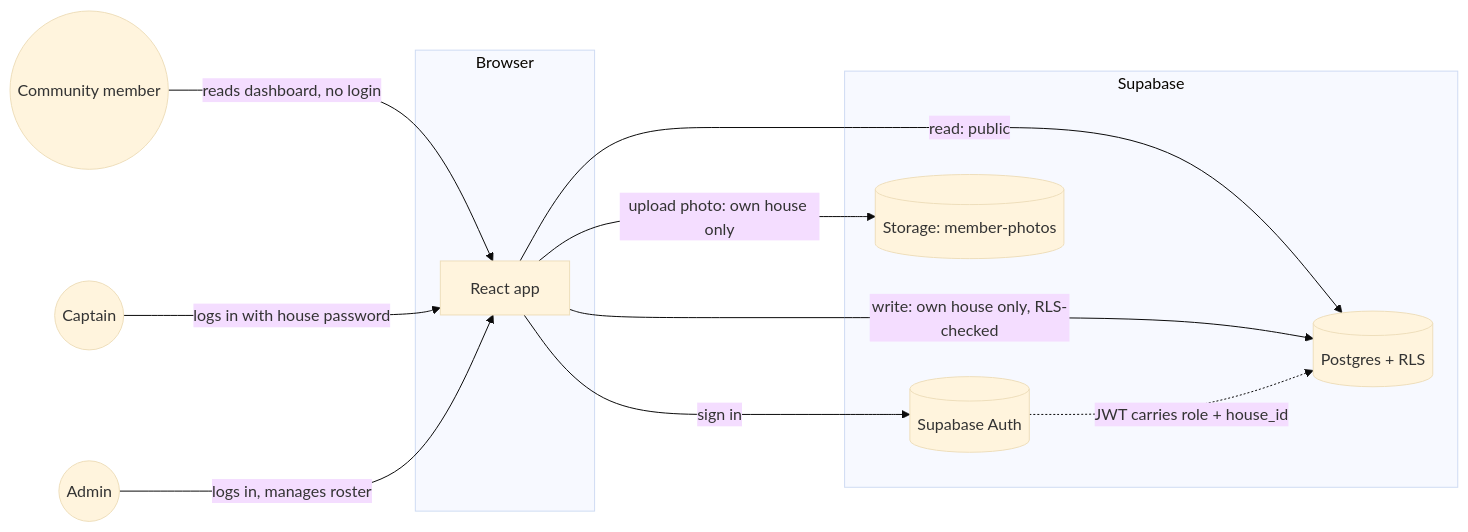
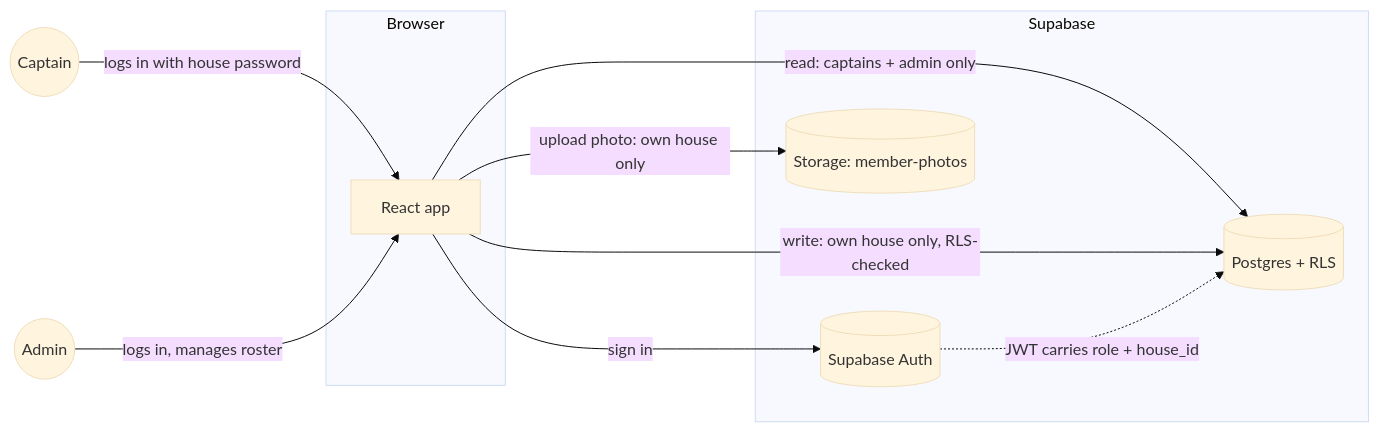
Before and after one commit to nurmuhammedkanybekov/tdJamaat-v2: the first of 3 diagrams in README.md, drawn with Mermaid (base theme). The commit also changed other lines of this file and 8 other files, not shown here.

First line of the commit message:
Private site: captains and the admin only

````diff
--- a/README.md
+++ b/README.md
@@ -171,21 +169,20 @@
 ```mermaid
 graph LR
     subgraph Browser
         UI[React app]
     end
     subgraph Supabase
         Auth[(Supabase Auth)]
         DB[(Postgres + RLS)]
         Storage[(Storage: member-photos)]
     end
 
-    Visitor((Community member)) -->|reads dashboard, no login| UI
     Captain((Captain)) -->|logs in with house password| UI
     Admin((Admin)) -->|logs in, manages roster| UI
 
     UI -->|sign in| Auth
-    UI -->|read: public| DB
+    UI -->|read: captains + admin only| DB
     UI -->|write: own house only, RLS-checked| DB
     UI -->|upload photo: own house only| Storage
     Auth -.JWT carries role + house_id.-> DB
 ```
````
